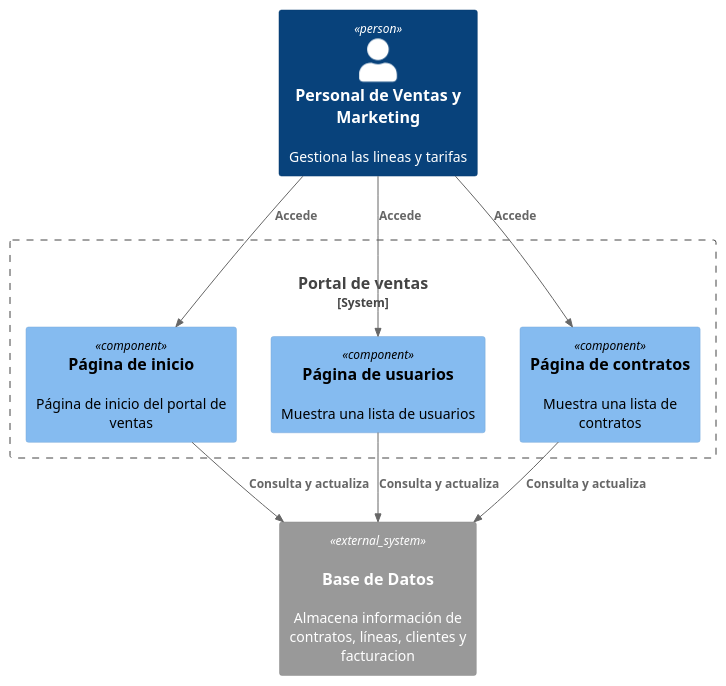
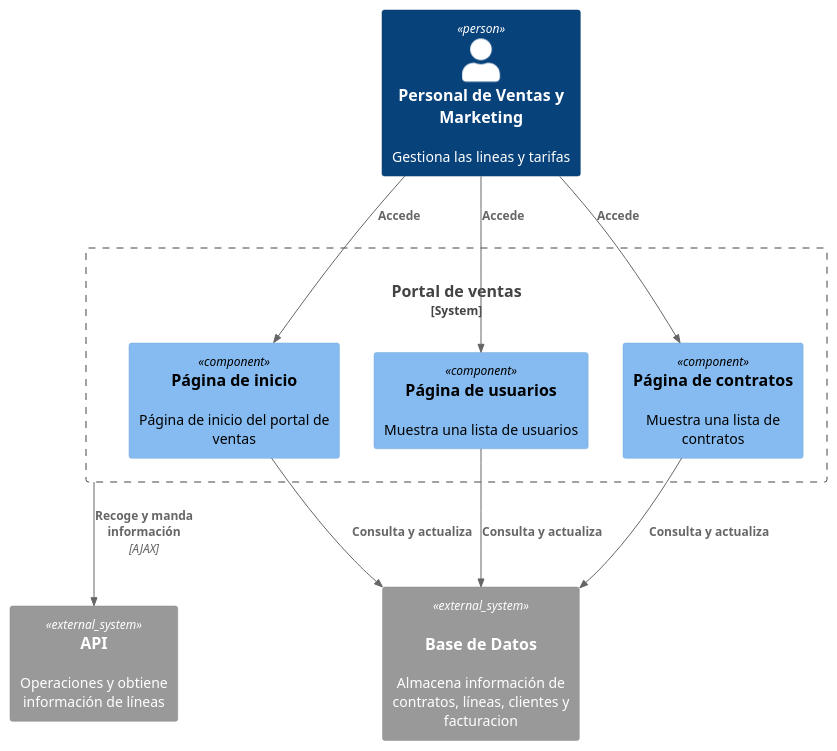
Before and after one commit to davidbp10/iw2023-2024-MovilUCA: the diagram in docs/diagrams/PVentasComponentDiagram.puml, drawn with PlantUML. The commit also changed 19 other files, not shown here.

Commit message:
Mejora de los diagramas C4

```diff
--- a/docs/diagrams/PVentasComponentDiagram.puml
+++ b/docs/diagrams/PVentasComponentDiagram.puml
@@ -1,27 +1,29 @@
 @startuml PventasComponentDiagram
 !include https://raw.githubusercontent.com/plantuml-stdlib/C4-PlantUML/master/C4_Component.puml
 
 
 Person(ventas, "Personal de Ventas y Marketing", "Gestiona las lineas y tarifas")
 
 System_Boundary(pv, "Portal de ventas", "Gestiona la información de clientes y contratos") {
 
         Component( pi, "Página de inicio", , "Página de inicio del portal de ventas")
         Component( pu, "Página de usuarios", , "Muestra una lista de usuarios")
         Component( pc, "Página de contratos", , "Muestra una lista de contratos")
 
 }
 
 System_Ext(bd, "Base de Datos","Almacena información de contratos, líneas, clientes y facturacion", "MySQL")
-
+System_Ext(api, "API", "Operaciones y obtiene información de líneas")
 
 Rel(ventas,pi,"Accede")
 Rel(ventas,pu,"Accede")
 Rel(ventas,pc,"Accede")
+
+Rel(pv,api,"Recoge y manda información","AJAX")
 
 Rel(pi, bd, "Consulta y actualiza")
 Rel(pu, bd, "Consulta y actualiza")
 Rel(pc, bd, "Consulta y actualiza")
 
 
 @enduml
```
